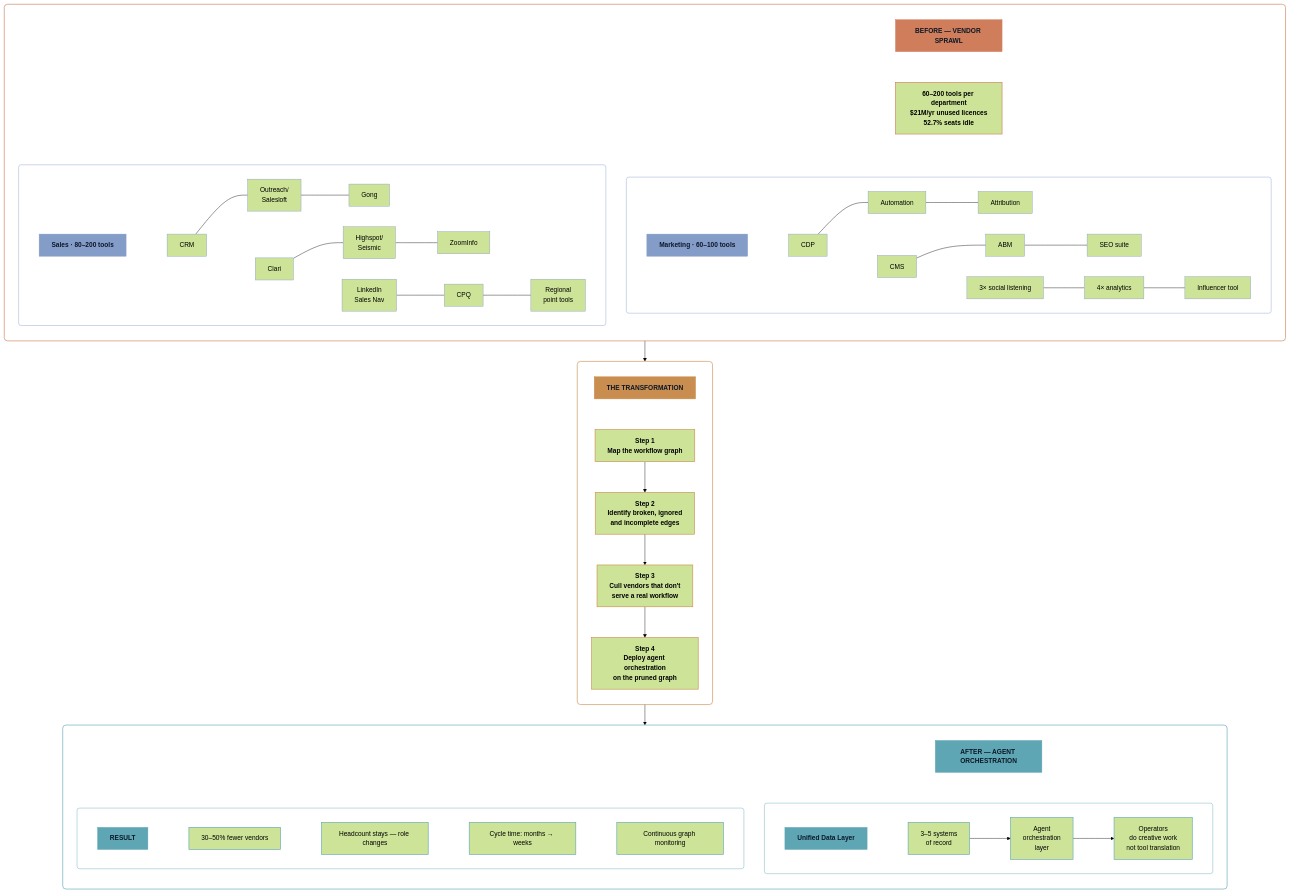
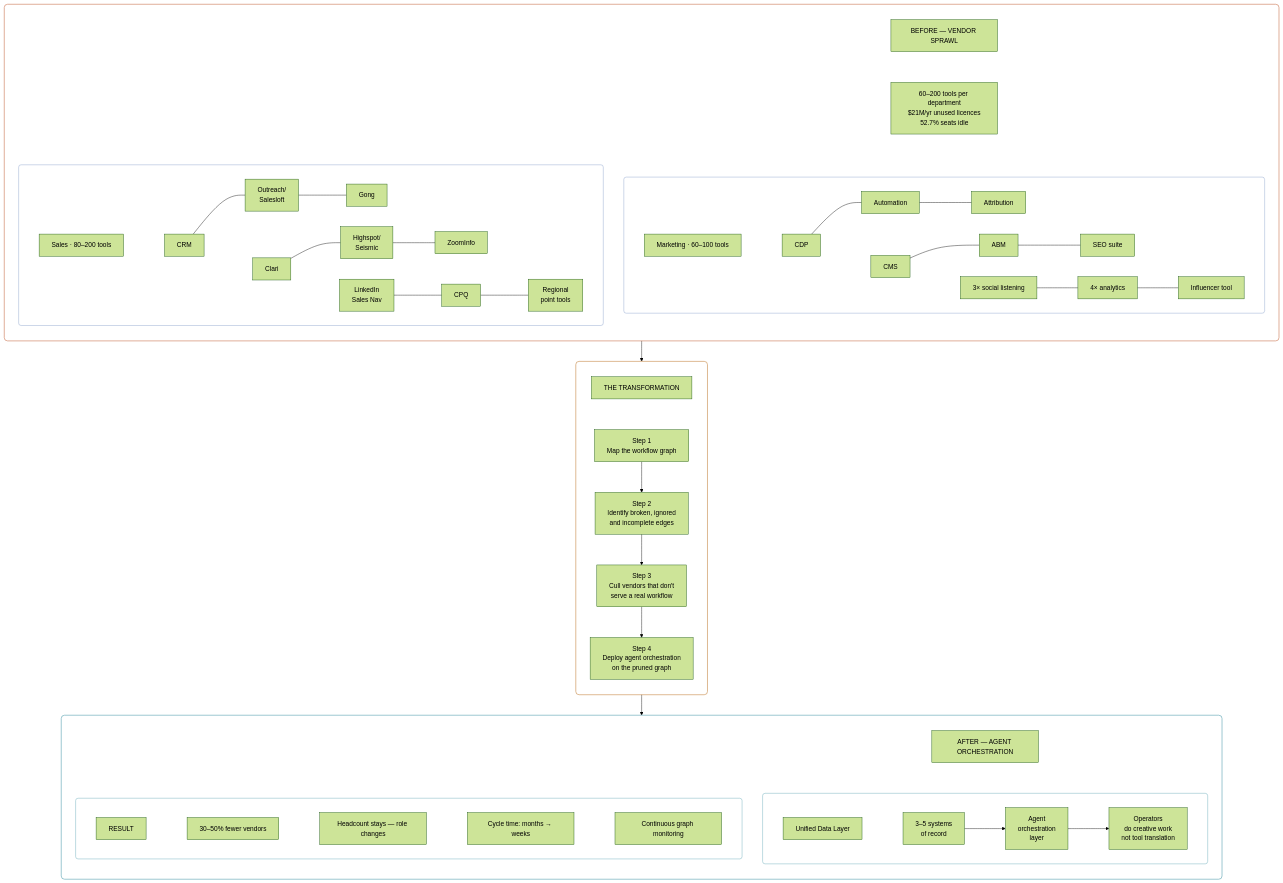
The third of 4 diagrams in content/blog/companies-are-workflows-audit-got-cheap.mdx (TarrySingh/tarrysingh-com), drawn with Mermaid (forest theme) before and after one commit. The commit also changed other lines of this file and 115 other files, not shown here.

```diff
--- a/content/blog/companies-are-workflows-audit-got-cheap.mdx
+++ b/content/blog/companies-are-workflows-audit-got-cheap.mdx
@@ -183,14 +175,6 @@
     AFT_H ~~~ AF_CORE
   end
   BEFORE --> TRANSFORM --> AFTER
-  classDef hdrRose fill:#cf7d5a,stroke:#cf7d5a,color:#0c1828,font-weight:bold
-  classDef hdrCopper fill:#c98e4f,stroke:#c98e4f,color:#0c1828,font-weight:bold
-  classDef hdrCool fill:#849cc8,stroke:#849cc8,color:#0c1828,font-weight:bold
-  classDef hdrTeal fill:#5fa6b4,stroke:#5fa6b4,color:#0c1828,font-weight:bold
-  classDef statNode stroke:#cf7d5a,stroke-width:1.5px,font-weight:bold
-  classDef toolNode stroke:#849cc8,stroke-width:1px
-  classDef stepNode stroke:#c98e4f,stroke-width:1.5px,font-weight:bold
-  classDef goodNode stroke:#5fa6b4,stroke-width:1.5px
   class BEF_H hdrRose
   class BEF_STAT statNode
   class BM_H,BS_H hdrCool
```
